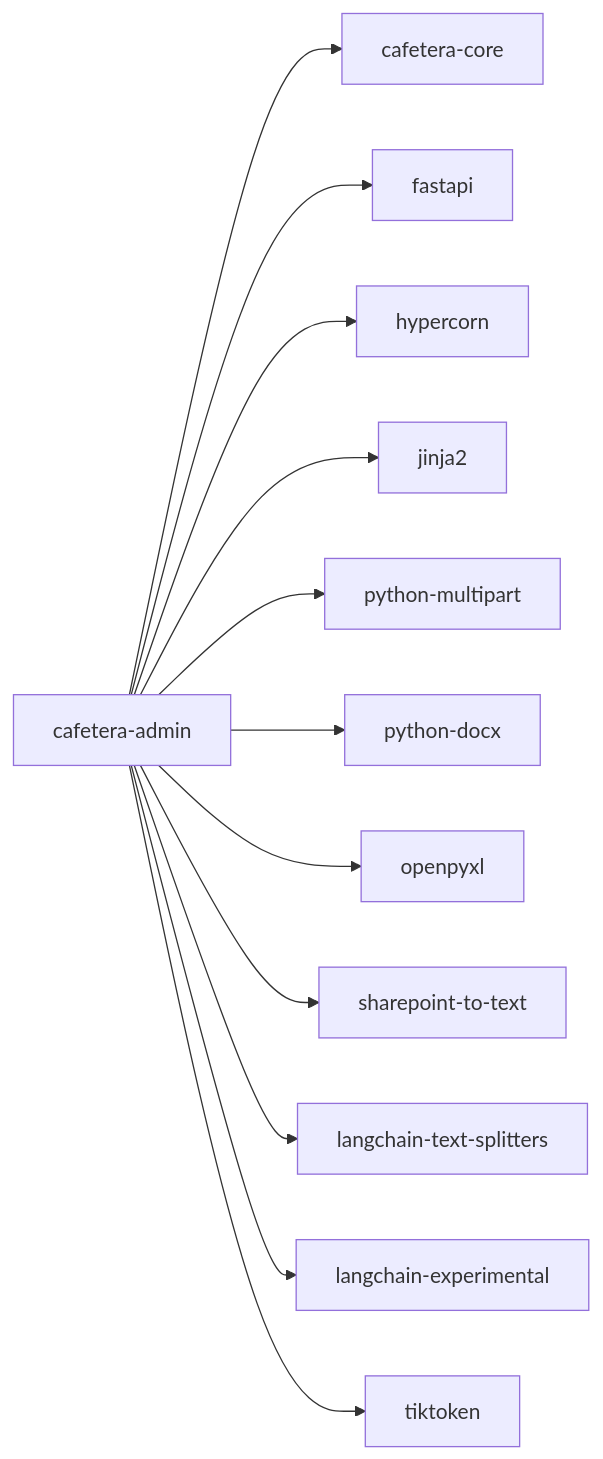
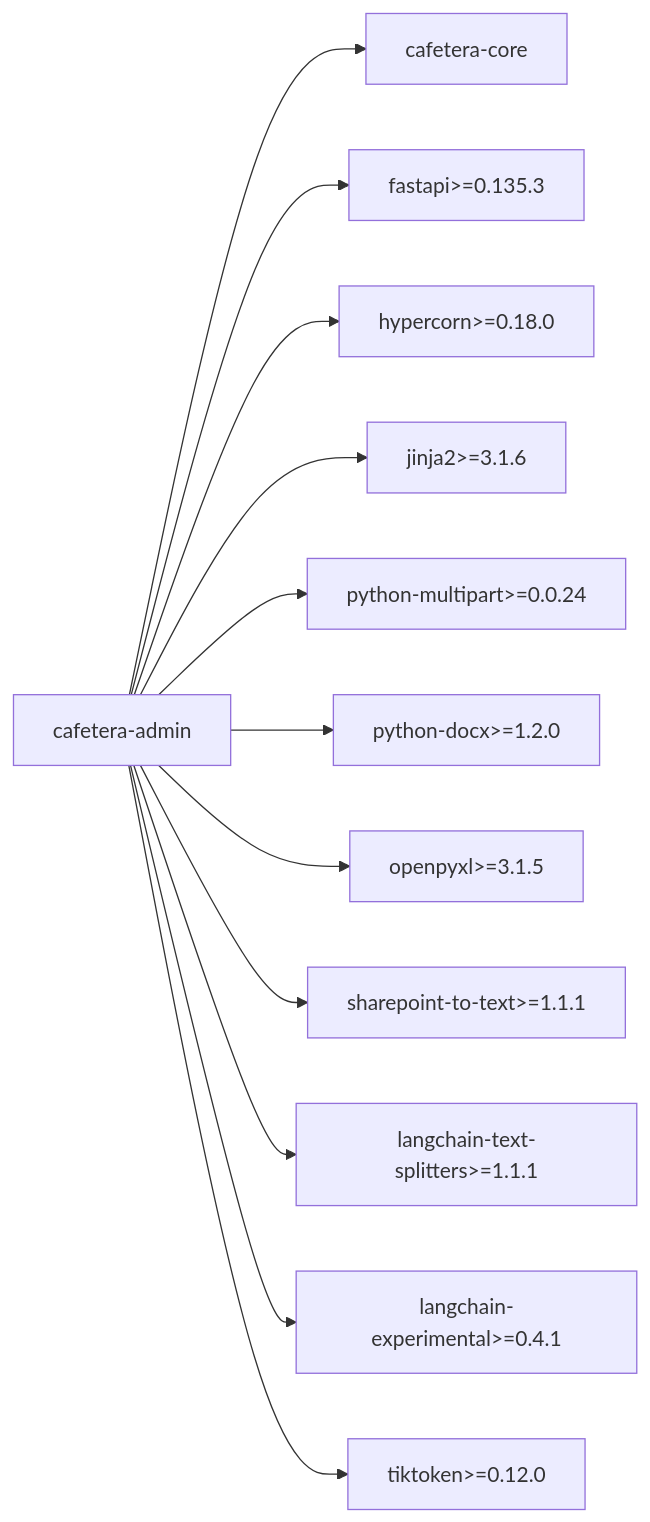
The ninth of 9 diagrams in .qoder/repowiki/en/content/VK Integration/Admin Package Integration.md (ognelis/cafetera_hr_bot), drawn with Mermaid before and after one commit. The commit also changed other lines of this file and 25 other files, not shown here.

````diff
--- a/.qoder/repowiki/en/content/VK Integration/Admin Package Integration.md
+++ b/.qoder/repowiki/en/content/VK Integration/Admin Package Integration.md
@@ -288,26 +312,26 @@
 ```mermaid
 graph LR
 ADMIN["cafetera-admin"]
 CORE["cafetera-core"]
-FASTAPI["fastapi"]
-HYPERCORN["hypercorn"]
-JINJA["jinja2"]
-MULTIPART["python-multipart"]
-DOCX["python-docx"]
-XLSX["openpyxl"]
-SHAREPOINT["sharepoint-to-text"]
-SPLITTERS["langchain-text-splitters"]
-EXPERIMENTAL["langchain-experimental"]
-TIKTOKEN["tiktoken"]
+FASTAPI["fastapi>=0.135.3"]
+HYPERCORN["hypercorn>=0.18.0"]
+JINJA["jinja2>=3.1.6"]
+MULTIPART["python-multipart>=0.0.24"]
+DOCX["python-docx>=1.2.0"]
+XLSX["openpyxl>=3.1.5"]
+SHAREPOINT["sharepoint-to-text>=1.1.1"]
+SPLITTERS["langchain-text-splitters>=1.1.1"]
+EXPERIMENTAL["langchain-experimental>=0.4.1"]
+TIKTOKEN["tiktoken>=0.12.0"]
 ADMIN --> CORE
 ADMIN --> FASTAPI
 ADMIN --> HYPERCORN
 ADMIN --> JINJA
 ADMIN --> MULTIPART
 ADMIN --> DOCX
 ADMIN --> XLSX
 ADMIN --> SHAREPOINT
 ADMIN --> SPLITTERS
 ADMIN --> EXPERIMENTAL
 ADMIN --> TIKTOKEN
 ```
````
